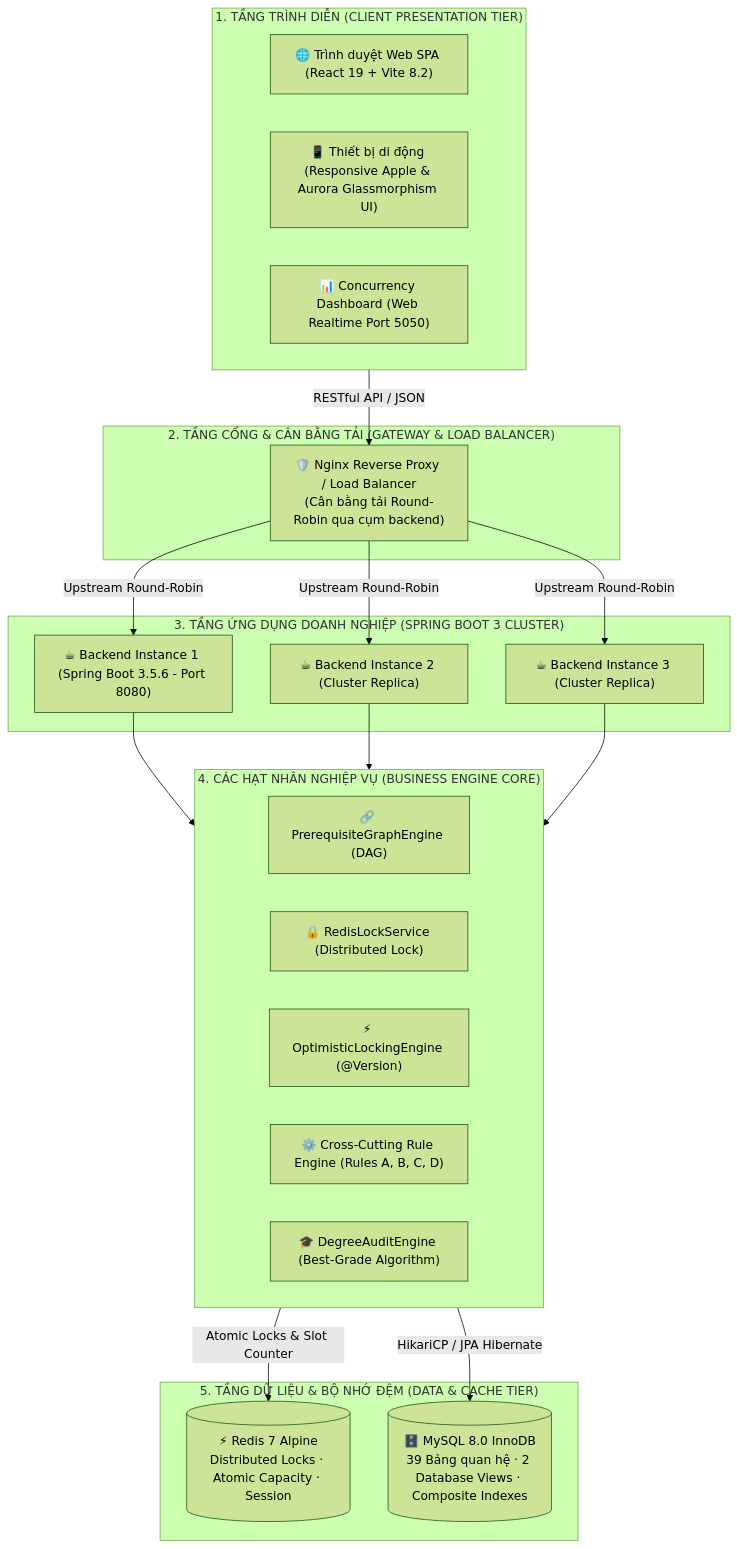
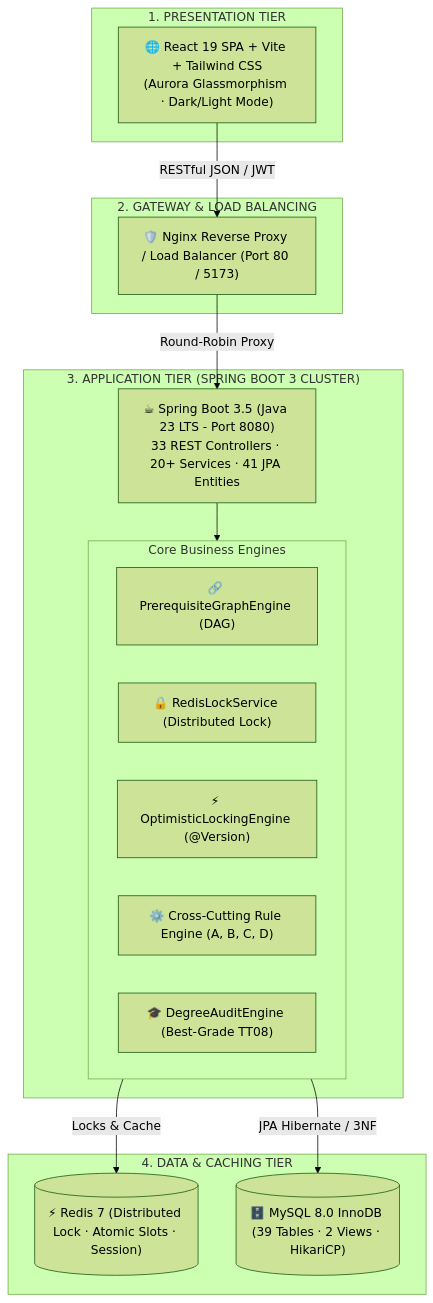
One commit to DevMarkie/DoAnChuyenNganh changed the first of 2 diagrams in README.md. Above: the diagram before and after it, drawn with Mermaid (forest theme). The commit also changed other lines of this file and 88 other files, not shown here.

````diff
--- a/README.md
+++ b/README.md
@@ -63,40 +37,33 @@
 ```mermaid
 flowchart TD
-    subgraph ClientLayer ["1. TẦNG TRÌNH DIỄN (CLIENT PRESENTATION TIER)"]
-        Browser["🌐 Trình duyệt Web SPA (React 19 + Vite 8.2)"]
-        Mobile["📱 Thiết bị di động (Responsive Apple & Aurora Glassmorphism UI)"]
-        LoadTestUI["📊 Concurrency Dashboard (Web Realtime Port 5050)"]
+    subgraph Presentation ["1. PRESENTATION TIER"]
+        UI["🌐 React 19 SPA + Vite + Tailwind CSS\n(Aurora Glassmorphism · Dark/Light Mode)"]
     end
 
-    subgraph GatewayLayer ["2. TẦNG CỔNG & CÂN BẰNG TẢI (GATEWAY & LOAD BALANCER)"]
-        Nginx["🛡️ Nginx Reverse Proxy / Load Balancer\n(Cân bằng tải Round-Robin qua cụm backend)"]
+    subgraph Gateway ["2. GATEWAY & LOAD BALANCING"]
+        Nginx["🛡️ Nginx Reverse Proxy / Load Balancer (Port 80 / 5173)"]
     end
 
-    subgraph AppLayer ["3. TẦNG ỨNG DỤNG DOANH NGHIỆP (SPRING BOOT 3 CLUSTER)"]
-        Backend1["☕ Backend Instance 1 (Spring Boot 3.5.6 - Port 8080)"]
-        Backend2["☕ Backend Instance 2 (Cluster Replica)"]
-        Backend3["☕ Backend Instance 3 (Cluster Replica)"]
+    subgraph Application ["3. APPLICATION TIER (SPRING BOOT 3 CLUSTER)"]
+        Backend["☕ Spring Boot 3.5 (Java 23 LTS - Port 8080)\n33 REST Controllers · 20+ Services · 41 JPA Entities"]
+        
+        subgraph Engines ["Core Business Engines"]
+            DAG["🔗 PrerequisiteGraphEngine (DAG)"]
+            RLock["🔒 RedisLockService (Distributed Lock)"]
+            OptLock["⚡ OptimisticLockingEngine (@Version)"]
+            RuleEngine["⚙️ Cross-Cutting Rule Engine (A, B, C, D)"]
+            DegreeAudit["🎓 DegreeAuditEngine (Best-Grade TT08)"]
+        end
     end
 
-    subgraph ServiceCore ["4. CÁC HẠT NHÂN NGHIỆP VỤ (BUSINESS ENGINE CORE)"]
-        DAGEngine["🔗 PrerequisiteGraphEngine (DAG)"]
-        LockService["🔒 RedisLockService (Distributed Lock)"]
-        OptLock["⚡ OptimisticLockingEngine (@Version)"]
-        RuleEngine["⚙️ Cross-Cutting Rule Engine (Rules A, B, C, D)"]
-        AuditEngine["🎓 DegreeAuditEngine (Best-Grade Algorithm)"]
+    subgraph DataTier ["4. DATA & CACHING TIER"]
+        Redis[("⚡ Redis 7 (Distributed Lock · Atomic Slots · Session)")]
+        MySQL[("🗄️ MySQL 8.0 InnoDB (39 Tables · 2 Views · HikariCP)")]
     end
 
-    subgraph DataLayer ["5. TẦNG DỮ LIỆU & BỘ NHỚ ĐỆM (DATA & CACHE TIER)"]
-        Redis[("⚡ Redis 7 Alpine\nDistributed Locks · Atomic Capacity · Session")]
-        MySQL[("🗄️ MySQL 8.0 InnoDB\n39 Bảng quan hệ · 2 Database Views · Composite Indexes")]
-    end
-
-    ClientLayer -->|RESTful API / JSON| Nginx
-    Nginx -->|Upstream Round-Robin| Backend1
-    Nginx -->|Upstream Round-Robin| Backend2
-    Nginx -->|Upstream Round-Robin| Backend3
-
-    Backend1 & Backend2 & Backend3 --> ServiceCore
-    ServiceCore -->|Atomic Locks & Slot Counter| Redis
-    ServiceCore -->|HikariCP / JPA Hibernate| MySQL
+    UI -->|RESTful JSON / JWT| Nginx
+    Nginx -->|Round-Robin Proxy| Backend
+    Backend --> Engines
+    Engines -->|Locks & Cache| Redis
+    Engines -->|JPA Hibernate / 3NF| MySQL
 ```
````
